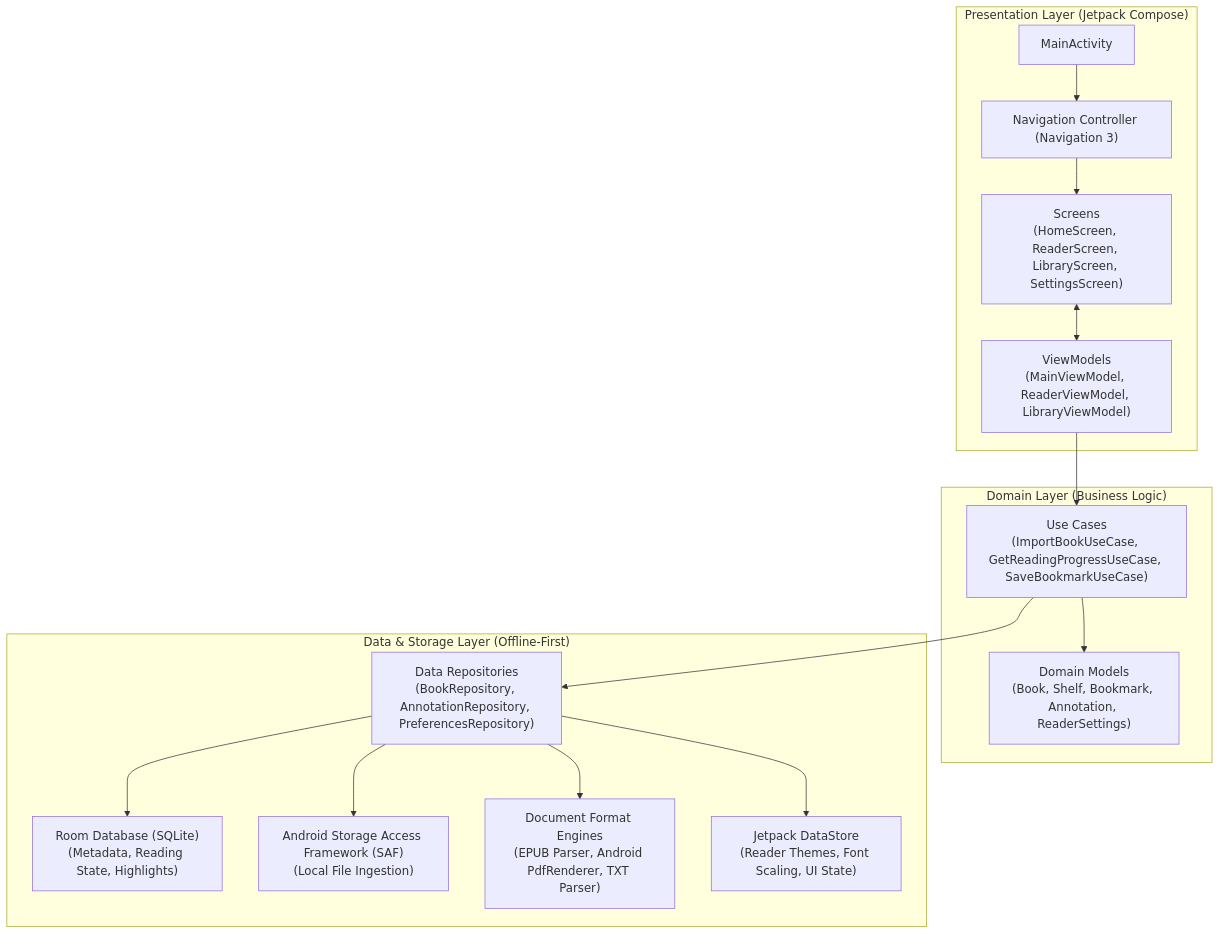
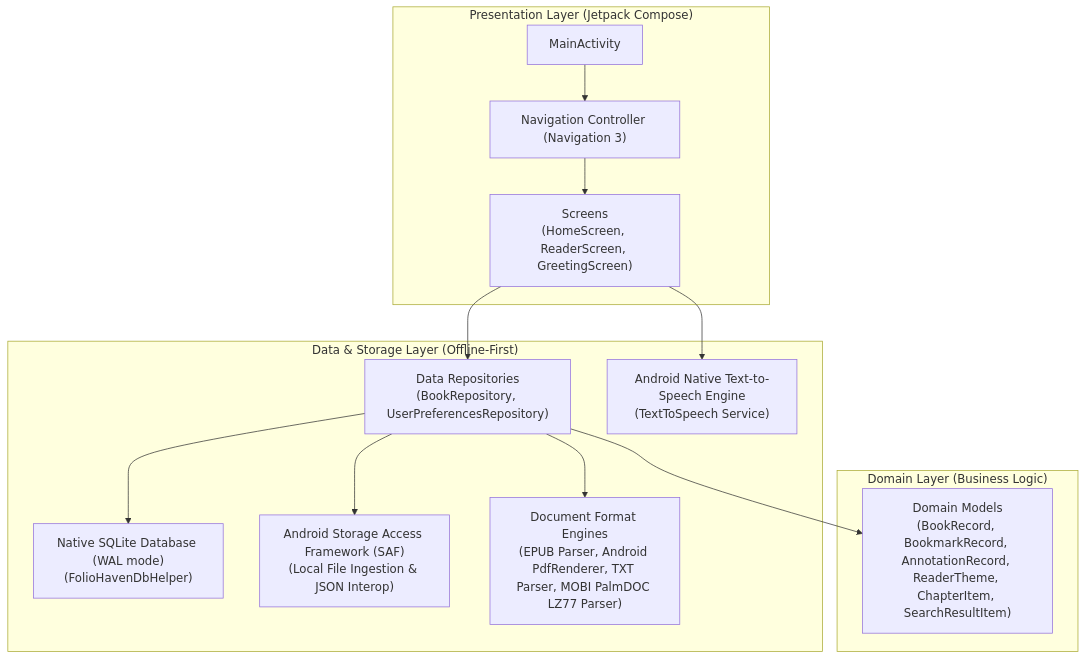
Before and after one commit to FeurisPT2/foliohaven-mobile: the diagram in docs/ARCHITECTURE.md, drawn with Mermaid. The commit also changed other lines of this file and 9 other files, not shown here.

Commit message:
feat: complete full feature parity with MOBI engine, TOC navigation, in-book search, and book management

````diff
--- a/docs/ARCHITECTURE.md
+++ b/docs/ARCHITECTURE.md
@@ -9,32 +9,29 @@
 ```mermaid
 flowchart TD
     subgraph UI ["Presentation Layer (Jetpack Compose)"]
         Activity["MainActivity"]
         Nav["Navigation Controller (Navigation 3)"]
-        Screens["Screens<br/>(HomeScreen, ReaderScreen, LibraryScreen, SettingsScreen)"]
-        VM["ViewModels<br/>(MainViewModel, ReaderViewModel, LibraryViewModel)"]
+        Screens["Screens<br/>(HomeScreen, ReaderScreen, GreetingScreen)"]
         Activity --> Nav --> Screens
-        Screens <--> VM
     end
 
     subgraph Domain ["Domain Layer (Business Logic)"]
-        UseCases["Use Cases<br/>(ImportBookUseCase, GetReadingProgressUseCase, SaveBookmarkUseCase)"]
-        Models["Domain Models<br/>(Book, Shelf, Bookmark, Annotation, ReaderSettings)"]
-        VM --> UseCases
-        UseCases --> Models
+        Models["Domain Models<br/>(BookRecord, BookmarkRecord, AnnotationRecord, ReaderTheme, ChapterItem, SearchResultItem)"]
     end
 
     subgraph Data ["Data & Storage Layer (Offline-First)"]
-        Repo["Data Repositories<br/>(BookRepository, AnnotationRepository, PreferencesRepository)"]
-        Room["Room Database (SQLite)<br/>(Metadata, Reading State, Highlights)"]
-        SAF["Android Storage Access Framework (SAF)<br/>(Local File Ingestion)"]
-        Parsers["Document Format Engines<br/>(EPUB Parser, Android PdfRenderer, TXT Parser)"]
-        DataStore["Jetpack DataStore<br/>(Reader Themes, Font Scaling, UI State)"]
+        Repo["Data Repositories<br/>(BookRepository, UserPreferencesRepository)"]
+        Db["Native SQLite Database (WAL mode)<br/>(FolioHavenDbHelper)"]
+        SAF["Android Storage Access Framework (SAF)<br/>(Local File Ingestion & JSON Interop)"]
+        Parsers["Document Format Engines<br/>(EPUB Parser, Android PdfRenderer, TXT Parser, MOBI PalmDOC LZ77 Parser)"]
+        TTS["Android Native Text-to-Speech Engine<br/>(TextToSpeech Service)"]
         
-        UseCases --> Repo
-        Repo --> Room
+        Repo --> Db
         Repo --> SAF
         Repo --> Parsers
-        Repo --> DataStore
     end
+
+    Screens --> Repo
+    Screens --> TTS
+    Repo --> Models
 ```
````
